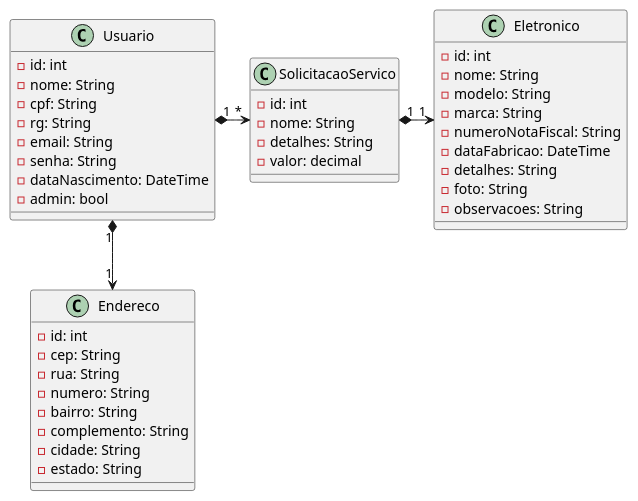
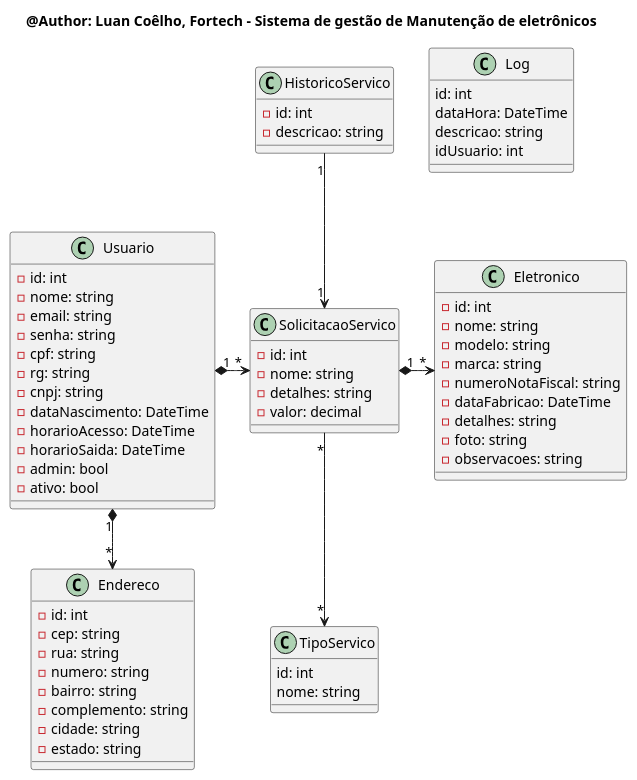
One commit to luan-coelho/fortech-tp3a1 changed the diagram in diagrama de classes.plantuml. Above: the diagram before and after it, drawn with PlantUML. The commit also changed other lines of this file and 20 other files, not shown here.

Commit message:
Implementação de cadastro de usuário, validações e alteração no diagrama de classes

```diff
--- a/diagrama de classes.plantuml
+++ b/diagrama de classes.plantuml
@@ -1,48 +1,75 @@
-@startuml Fortech - Sistema de gestão de Manutenção de eletrônicos
+@startuml
+
+title @Author: Luan Coêlho, Fortech - Sistema de gestão de Manutenção de eletrônicos
 
 class Usuario {
     - id: int
-    - nome: String
-    - cpf: String
-    - rg: String
-    - email: String
-    - senha: String
+    - nome: string
+    - email: string
+    - senha: string
+    - cpf: string
+    - rg: string
+    - cnpj: string
     - dataNascimento: DateTime
+    - horarioAcesso: DateTime
+    - horarioSaida: DateTime
     - admin: bool
+    - ativo: bool
 }
 
 class Endereco {
     - id: int
-    - cep: String
-    - rua: String
-    - numero: String
-    - bairro: String
-    - complemento: String
-    - cidade: String
-    - estado: String
+    - cep: string
+    - rua: string
+    - numero: string
+    - bairro: string
+    - complemento: string
+    - cidade: string
+    - estado: string
 }
 
 class SolicitacaoServico {
     - id: int
-    - nome: String
-    - detalhes: String
+    - nome: string
+    - detalhes: string
     - valor: decimal
+}
+
+class HistoricoServico {
+    - id: int
+    - descricao: string
+}
+
+class TipoServico {
+    id: int
+    nome: string
 }
 
 class Eletronico {
     - id: int
-    - nome: String
-    - modelo: String
-    - marca: String
-    - numeroNotaFiscal: String
+    - nome: string
+    - modelo: string
+    - marca: string
+    - numeroNotaFiscal: string
     - dataFabricao: DateTime
-    - detalhes: String
-    - foto: String
-    - observacoes: String
+    - detalhes: string
+    - foto: string
+    - observacoes: string
 }
 
-Usuario "1" *-down-> "1" Endereco
+class Log {
+    id: int
+    dataHora: DateTime
+    descricao: string
+    idUsuario: int
+}
+
+Usuario "1" *-down-> "*" Endereco
 Usuario "1" *-> "*" SolicitacaoServico
-SolicitacaoServico "1" *-> "1" Eletronico
+
+SolicitacaoServico "*" --> "*" TipoServico
+SolicitacaoServico "1" *-> "*" Eletronico
+
+HistoricoServico "1" --> "1" SolicitacaoServico
 
 @enduml
```
